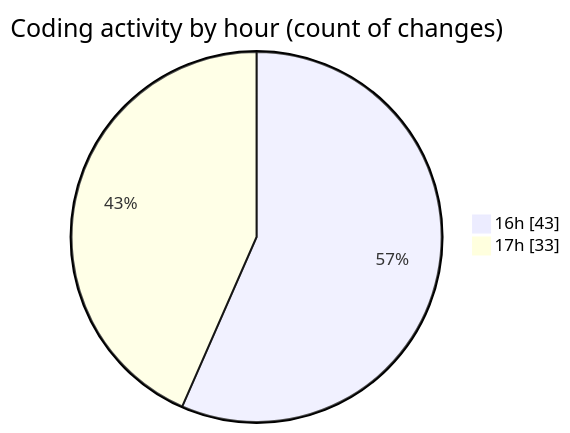
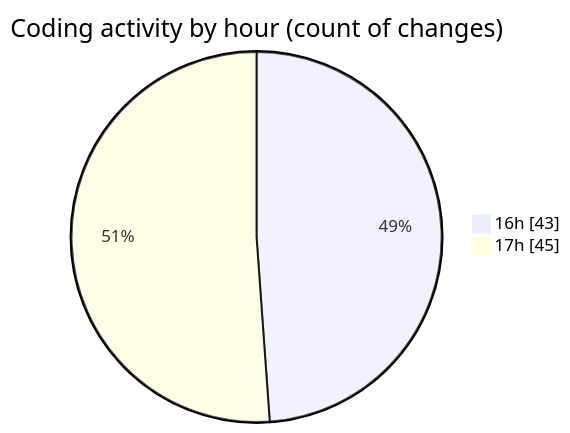
One commit to momahboobian/code-tracking changed the second of 2 diagrams in 2026-11-13/broadcaster-v6-feature/README.md. Above: the diagram before and after it, drawn with Mermaid. The commit also changed other lines of this file and 1 other file, not shown here.

````diff
--- a/2026-11-13/broadcaster-v6-feature/README.md
+++ b/2026-11-13/broadcaster-v6-feature/README.md
@@ -50,6 +58,6 @@
 ```mermaid
 pie showData
 title Coding activity by hour (count of changes)
 "16h" : 43
-"17h" : 33
+"17h" : 45
 ```
````
